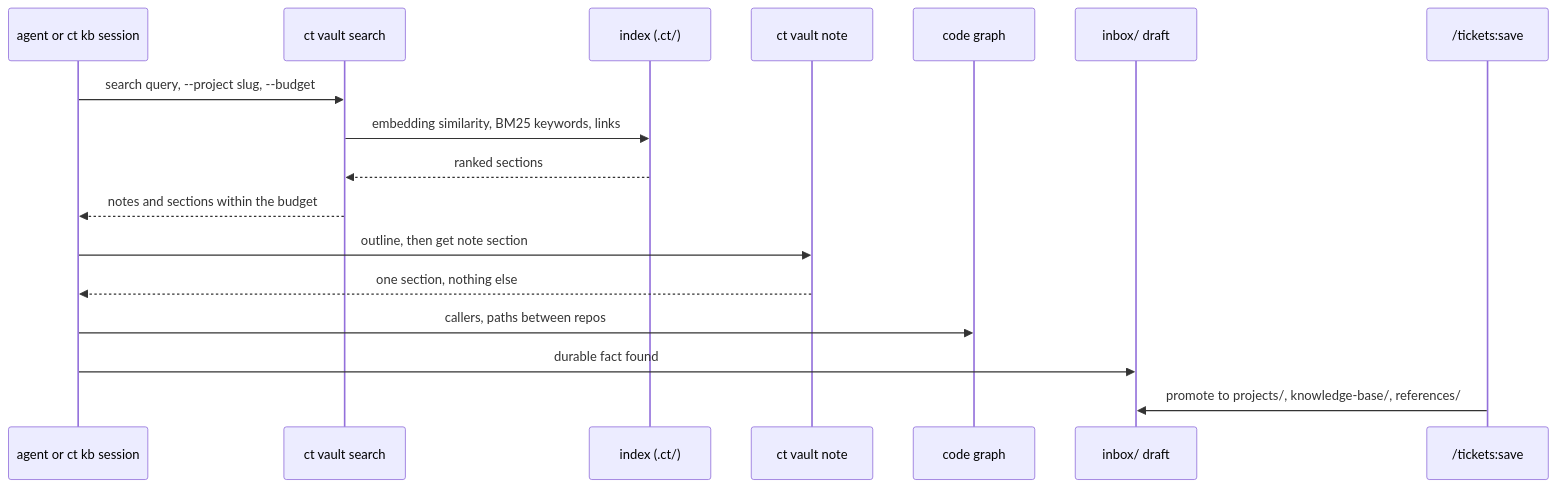
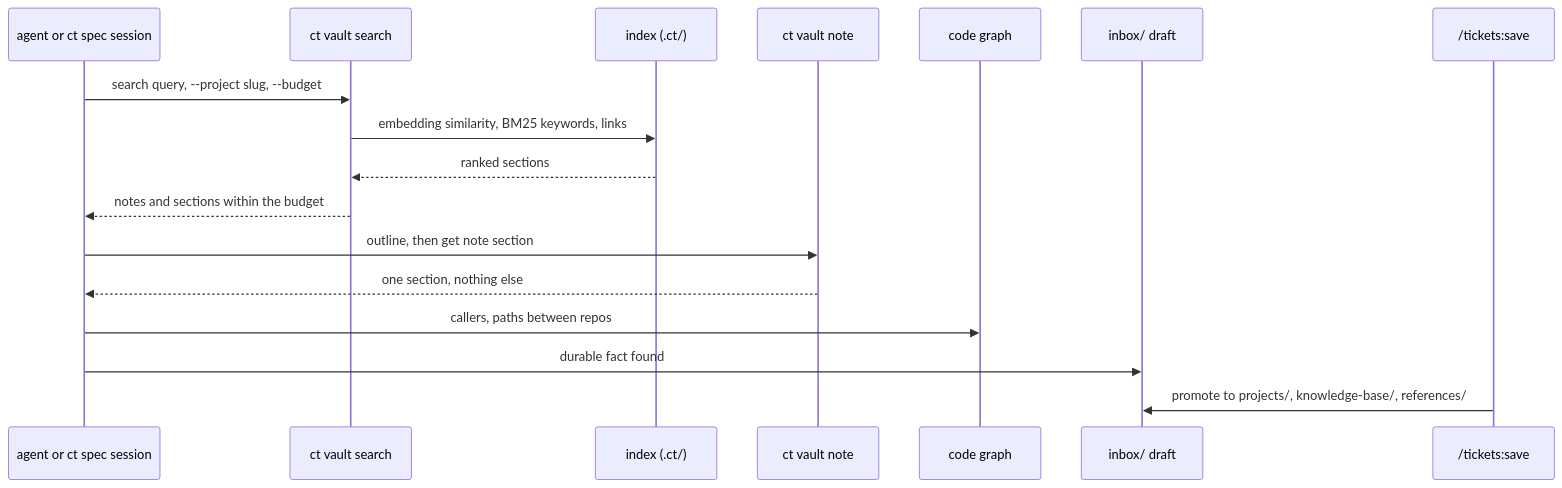
Before and after one commit to zero4573/claude-tickets: the diagram in docs/knowledge-base.md, drawn with Mermaid. The commit also changed other lines of this file and 58 other files, not shown here.

````diff
--- a/docs/knowledge-base.md
+++ b/docs/knowledge-base.md
@@ -7,19 +7,19 @@
 ```mermaid
 sequenceDiagram
-  participant A as agent or ct kb session
+  participant A as agent or ct spec session
   participant S as ct vault search
   participant X as index (.ct/)
   participant N as ct vault note
   participant G as code graph
   participant D as inbox/ draft
   participant V as /tickets:save
   A->>S: search query, --project slug, --budget
   S->>X: embedding similarity, BM25 keywords, links
   X-->>S: ranked sections
   S-->>A: notes and sections within the budget
   A->>N: outline, then get note section
   N-->>A: one section, nothing else
   A->>G: callers, paths between repos
   A->>D: durable fact found
   V->>D: promote to projects/, knowledge-base/, references/
 ```
````
